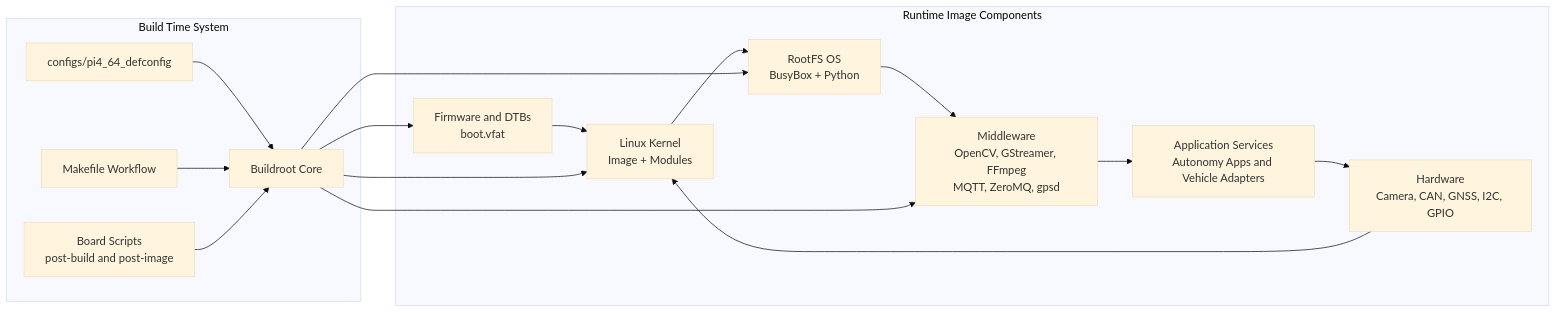
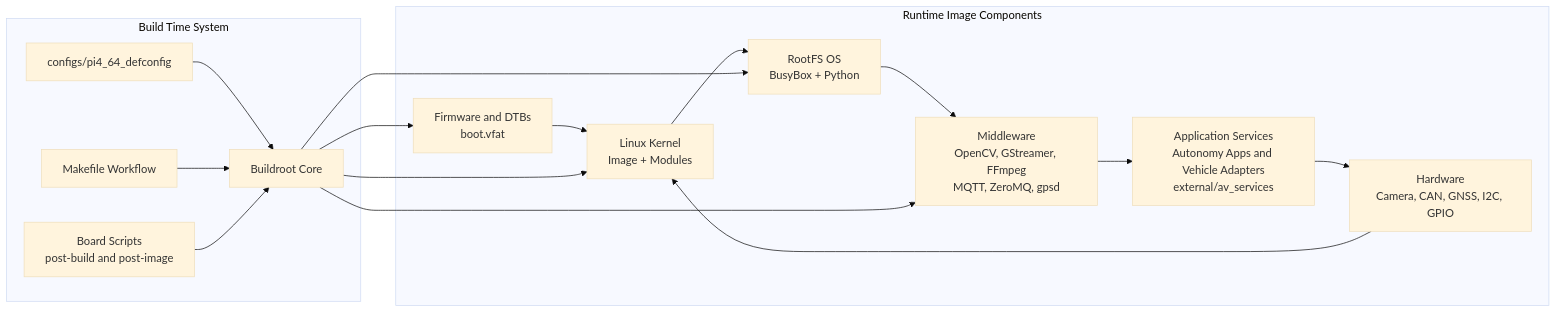
One commit to rudupa/pi4_av_linux changed the second of 2 diagrams in SW_ARCH.md. Above: the diagram before and after it, drawn with Mermaid (base theme). The commit also changed other lines of this file and 3 other files, not shown here.

Commit message:
Integrate av_services submodule and document architecture mapping

````diff
--- a/SW_ARCH.md
+++ b/SW_ARCH.md
@@ -61,33 +61,33 @@
 ```mermaid
 flowchart LR
 	subgraph BuildTime[Build Time System]
 		DEF["configs/pi4_64_defconfig"]
 		BR["Buildroot Core"]
 		MK["Makefile Workflow"]
 		BSP["Board Scripts<br/>post-build and post-image"]
 		DEF --> BR
 		MK --> BR
 		BSP --> BR
 	end
 
 	subgraph Runtime[Runtime Image Components]
 		FW["Firmware and DTBs<br/>boot.vfat"]
 		KRN["Linux Kernel<br/>Image + Modules"]
 		OS["RootFS OS<br/>BusyBox + Python"]
 		MID["Middleware<br/>OpenCV, GStreamer, FFmpeg<br/>MQTT, ZeroMQ, gpsd"]
-		APP["Application Services<br/>Autonomy Apps and Vehicle Adapters"]
+		APP["Application Services<br/>Autonomy Apps and Vehicle Adapters<br/>external/av_services"]
 		HW["Hardware<br/>Camera, CAN, GNSS, I2C, GPIO"]
 
 		FW --> KRN
 		KRN --> OS
 		OS --> MID
 		MID --> APP
 		HW --> KRN
 		APP --> HW
 	end
 
 	BR --> FW
 	BR --> KRN
 	BR --> OS
 	BR --> MID
 ```
````
